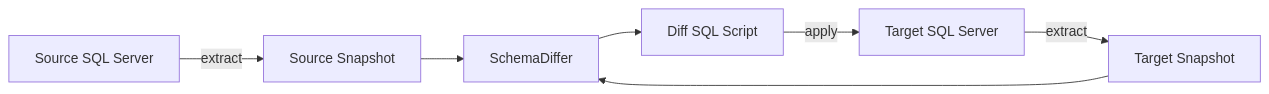
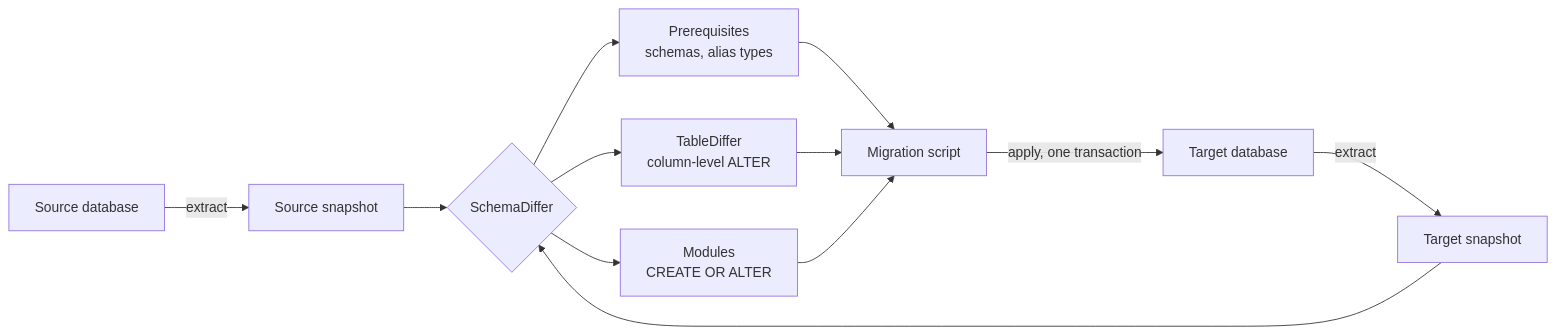
One commit to peopleworks/SqlSchemaDiff changed the diagram in README.md. Above: the diagram before and after it, drawn with Mermaid. The commit also changed other lines of this file and 23 other files, not shown here.

````diff
--- a/README.md
+++ b/README.md
@@ -43,9 +288,12 @@
 ```mermaid
 flowchart LR
-    A[Source SQL Server] -->|extract| B[Source Snapshot]
-    C[Target SQL Server] -->|extract| D[Target Snapshot]
-    B --> E[SchemaDiffer]
+    A[Source database] -->|extract| B[Source snapshot]
+    C[Target database] -->|extract| D[Target snapshot]
+    B --> E{SchemaDiffer}
     D --> E
-    E --> F[Diff SQL Script]
-    F -->|apply| C
+    E --> P[Prerequisites<br/>schemas, alias types]
+    E --> T[TableDiffer<br/>column-level ALTER]
+    E --> M[Modules<br/>CREATE OR ALTER]
+    P & T & M --> F[Migration script]
+    F -->|apply, one transaction| C
 ```
````
